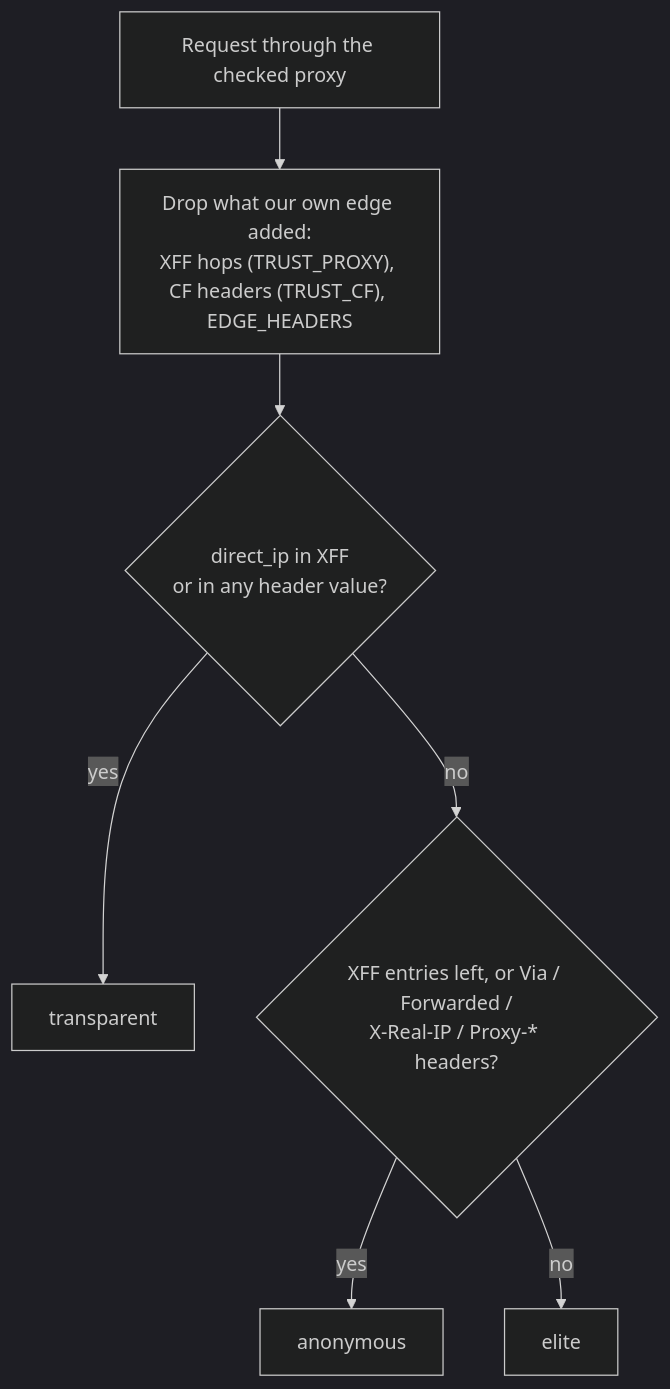
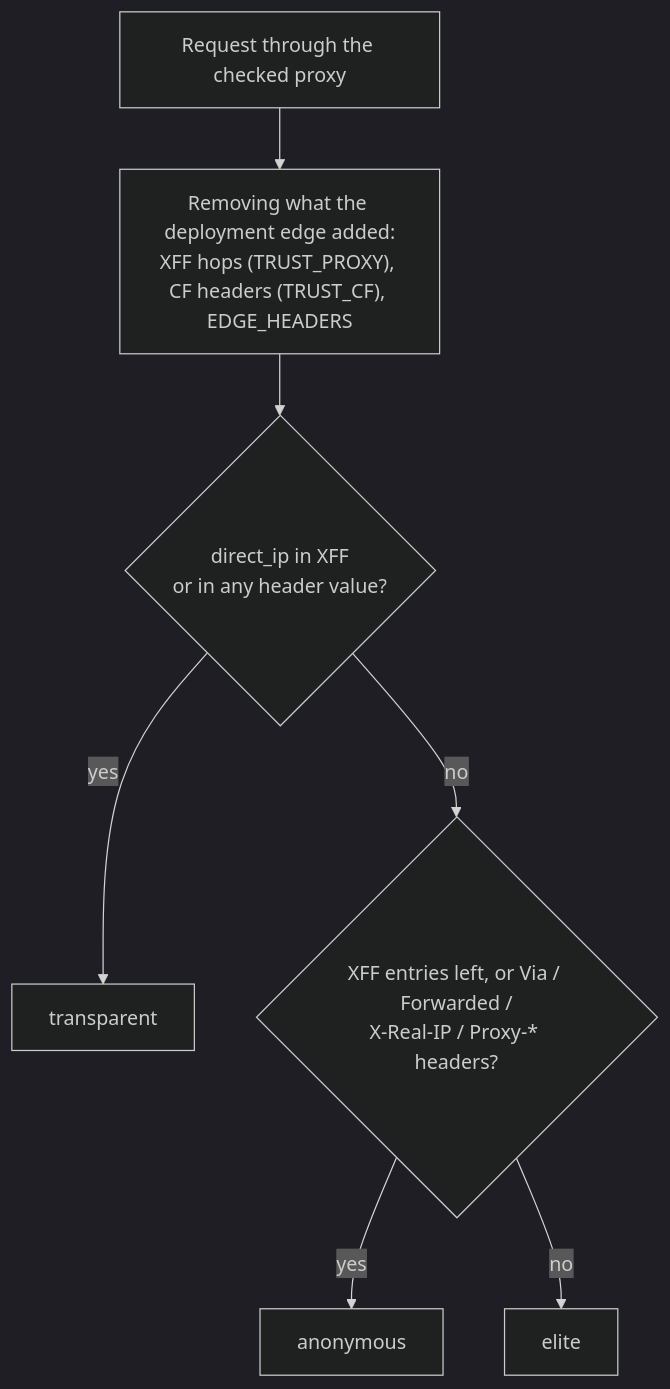
One commit to nechel12/proxpulse-judge changed the diagram in README.md. Above: the diagram before and after it, drawn with Mermaid (dark theme). The commit also changed other lines of this file and 1 other file, not shown here.

````diff
--- a/README.md
+++ b/README.md
@@ -324,9 +325,9 @@
 ```mermaid
 flowchart TD
-    A[Request through the checked proxy] --> B["Drop what our own edge added:<br/>XFF hops (TRUST_PROXY), CF headers (TRUST_CF), EDGE_HEADERS"]
+    A[Request through the checked proxy] --> B["Removing what the deployment edge added:<br/>XFF hops (TRUST_PROXY), CF headers (TRUST_CF), EDGE_HEADERS"]
     B --> C{"direct_ip in XFF<br/>or in any header value?"}
     C -- yes --> T[transparent]
     C -- no --> D{"XFF entries left, or Via / Forwarded /<br/>X-Real-IP / Proxy-* headers?"}
     D -- yes --> N[anonymous]
     D -- no --> E[elite]
 ```
````
